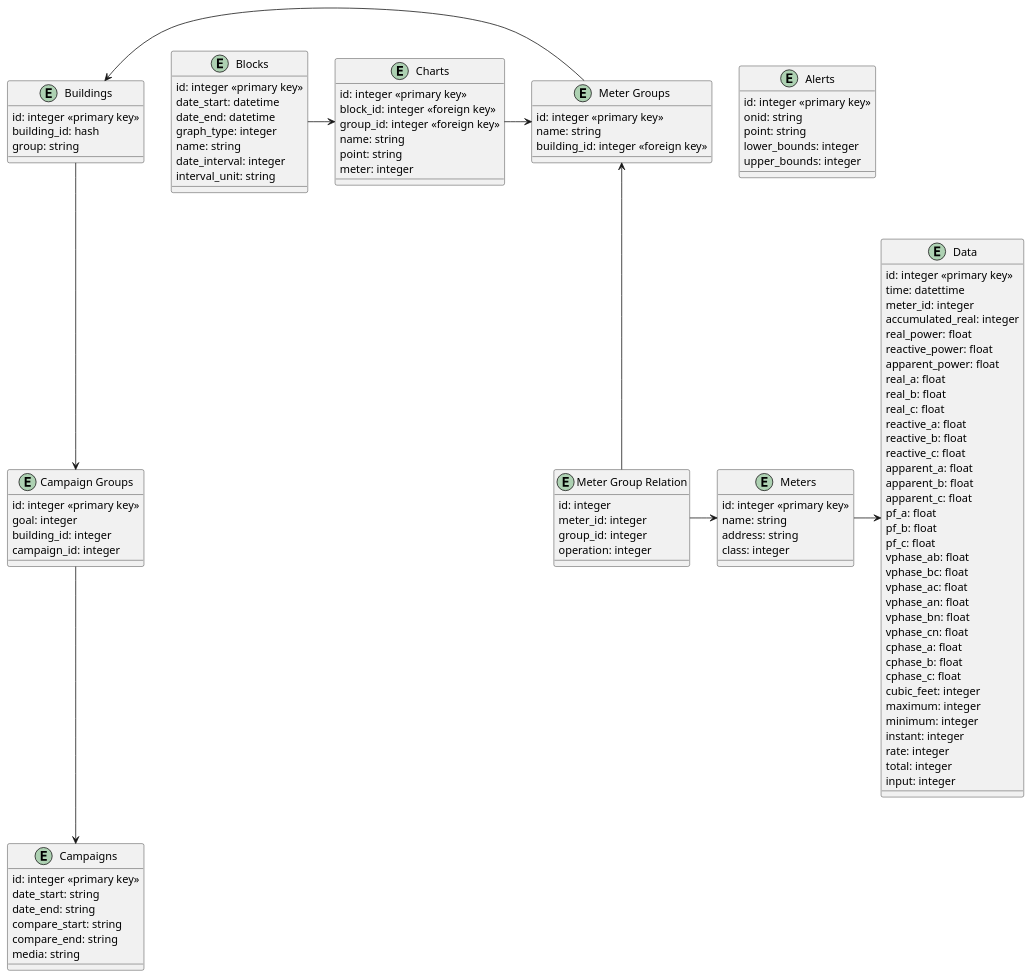
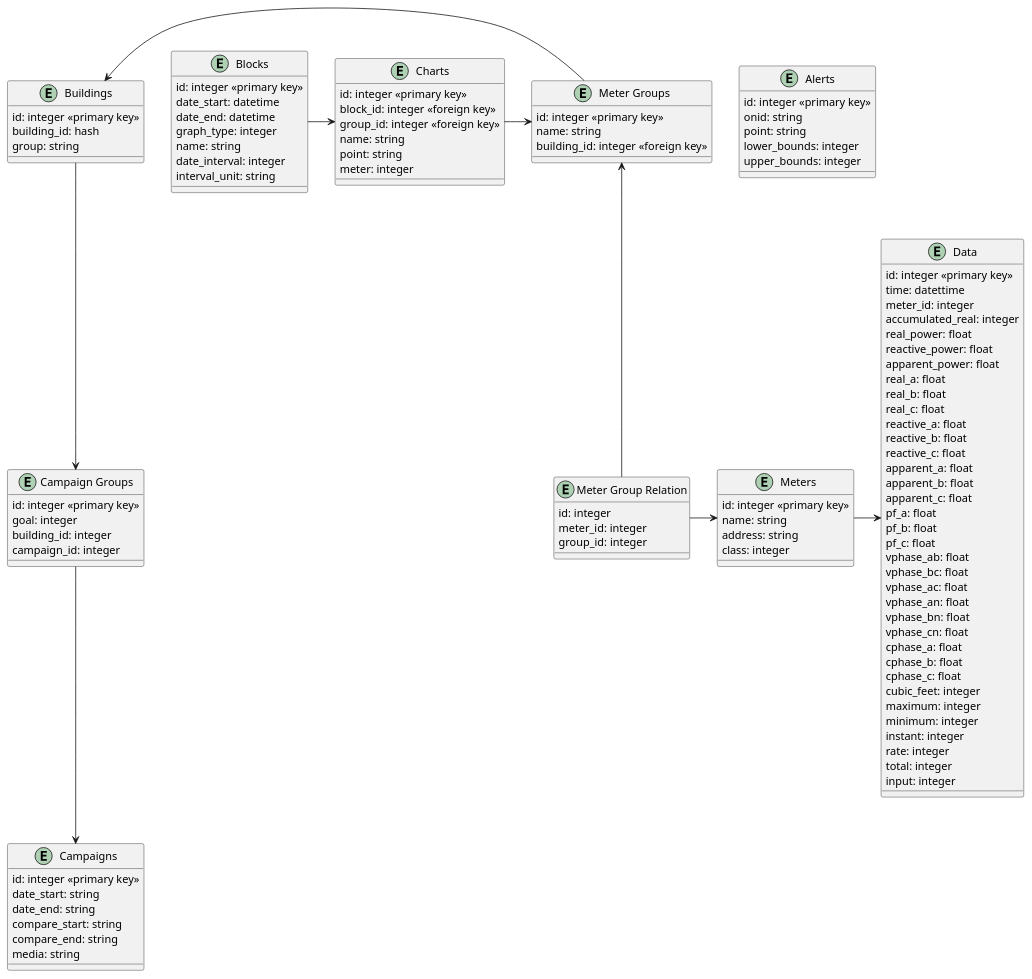
Before and after one commit to OSU-Sustainability-Office/energy-dashboard: the diagram in documents/backend/RDSEnergyData.puml, drawn with PlantUML. The commit also changed 16 other files, not shown here.

```diff
--- a/documents/backend/RDSEnergyData.puml
+++ b/documents/backend/RDSEnergyData.puml
@@ -1,124 +1,123 @@
 @startuml RDS
 
 entity "Alerts" as alerts {
   id: integer <<primary key>>
   onid: string
   point: string
   lower_bounds: integer
   upper_bounds: integer
 }
 
 entity "Charts" as charts {
   id: integer <<primary key>>
   block_id: integer <<foreign key>>
   group_id: integer <<foreign key>>
   name: string
   point: string
   meter: integer
 }
 
 entity "Blocks" as blocks {
   id: integer <<primary key>>
   date_start: datetime
   date_end: datetime
   graph_type: integer
   name: string
   date_interval: integer
   interval_unit: string
 } 
 
 entity "Buildings" as buildings {
   id: integer <<primary key>>
   building_id: hash
   group: string
 }
 
 entity "Campaign Groups" as campaign_groups {
   id: integer <<primary key>>
   goal: integer
   building_id: integer
   campaign_id: integer
 }
 
 entity "Campaigns" as campaigns {
   id: integer <<primary key>>
   date_start: string
   date_end: string
   compare_start: string
   compare_end: string
   media: string
 }
 
 entity "Data" as data {
   id: integer <<primary key>>
   time: datettime
   meter_id: integer
   accumulated_real: integer
   real_power: float
   reactive_power: float
   apparent_power: float
   real_a: float
   real_b: float
   real_c: float
   reactive_a: float
   reactive_b: float
   reactive_c: float
   apparent_a: float
   apparent_b: float
   apparent_c: float
   pf_a: float
   pf_b: float
   pf_c: float
   vphase_ab: float
   vphase_bc: float
   vphase_ac: float
   vphase_an: float
   vphase_bn: float
   vphase_cn: float
   cphase_a: float
   cphase_b: float
   cphase_c: float
   cubic_feet: integer
   maximum: integer
   minimum: integer
   instant: integer
   rate: integer
   total: integer
   input: integer
 }
 
 entity "Meter Group Relation" as meter_group_relation {
   id: integer
   meter_id: integer
   group_id: integer
-  operation: integer
 }
 
 entity "Meter Groups" as meter_groups {
   id: integer <<primary key>>
   name: string
   building_id: integer <<foreign key>>
 
 }
 
 entity "Meters" as meters {
   id: integer <<primary key>>
   name: string
   address: string
   class: integer
 }
 
 
 
 meter_group_relation -up-> meter_groups
 meter_group_relation -> meters
 meters -> data
 buildings <- meter_groups
 
 campaign_groups -down-> campaigns
 buildings -down-> campaign_groups
 
 blocks -> charts
 charts -> meter_groups
 
 @enduml
```
